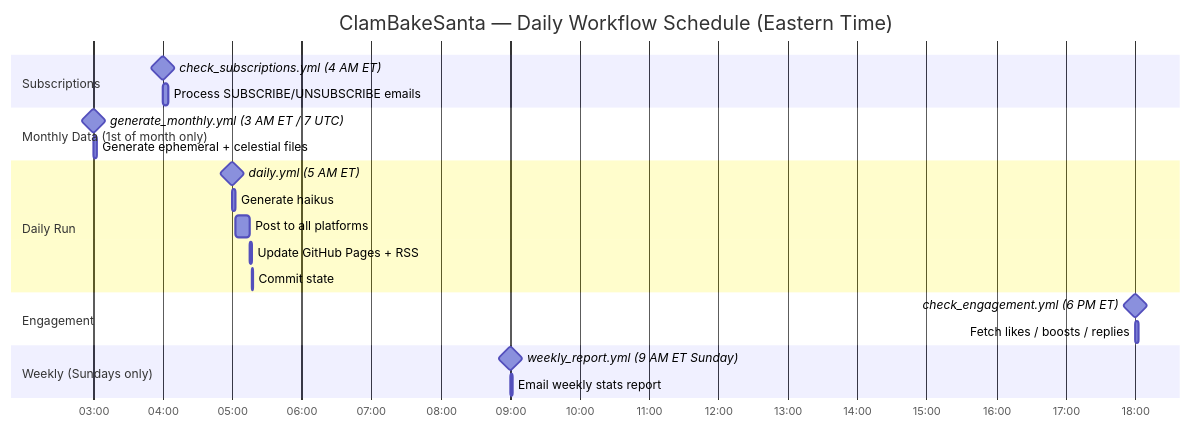
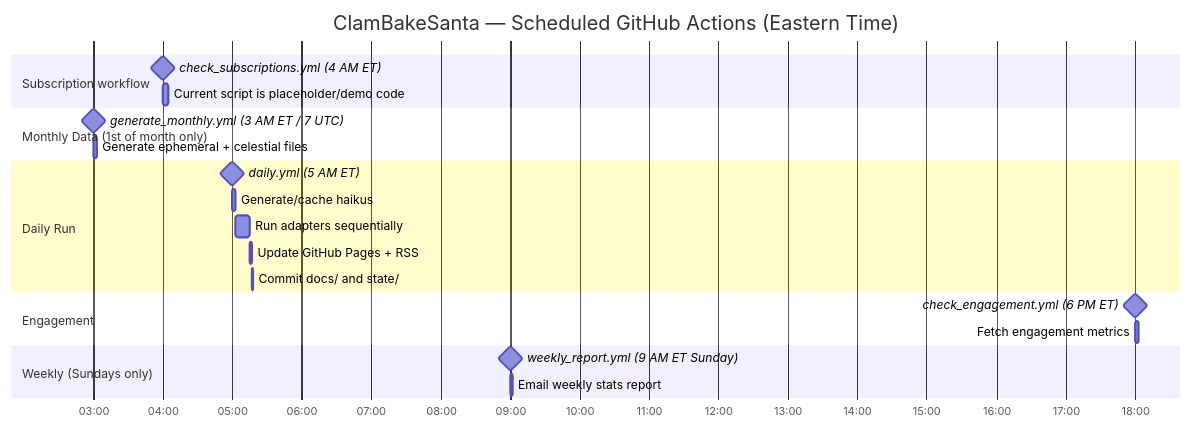
One commit to SoylentAquamarine/ClamBakeSanta changed the diagram in diagrams/workflow-schedule.md. Above: the diagram before and after it, drawn with Mermaid. The commit also changed other lines of this file, not shown here.

Commit message:
docs: update workflow schedule reality

````diff
--- a/diagrams/workflow-schedule.md
+++ b/diagrams/workflow-schedule.md
@@ -5,29 +5,29 @@
 ```mermaid
 gantt
-    title ClamBakeSanta — Daily Workflow Schedule (Eastern Time)
+    title ClamBakeSanta — Scheduled GitHub Actions (Eastern Time)
     dateFormat HH:mm
     axisFormat %H:%M
 
-    section Subscriptions
+    section Subscription workflow
     check_subscriptions.yml (4 AM ET)       : milestone, 04:00, 0m
-    Process SUBSCRIBE/UNSUBSCRIBE emails     : 04:00, 5m
+    Current script is placeholder/demo code : 04:00, 5m
 
     section Monthly Data (1st of month only)
     generate_monthly.yml (3 AM ET / 7 UTC)  : milestone, 03:00, 0m
     Generate ephemeral + celestial files     : 03:00, 3m
 
     section Daily Run
     daily.yml (5 AM ET)                     : milestone, 05:00, 0m
-    Generate haikus                          : 05:00, 3m
-    Post to all platforms                    : 05:03, 12m
+    Generate/cache haikus                    : 05:00, 3m
+    Run adapters sequentially                : 05:03, 12m
     Update GitHub Pages + RSS                : 05:15, 2m
-    Commit state                             : 05:17, 1m
+    Commit docs/ and state/                  : 05:17, 1m
 
     section Engagement
     check_engagement.yml (6 PM ET)          : milestone, 18:00, 0m
-    Fetch likes / boosts / replies           : 18:00, 3m
+    Fetch engagement metrics                 : 18:00, 3m
 
     section Weekly (Sundays only)
     weekly_report.yml (9 AM ET Sunday)      : milestone, 09:00, 0m
     Email weekly stats report                : 09:00, 2m
 ```
````
